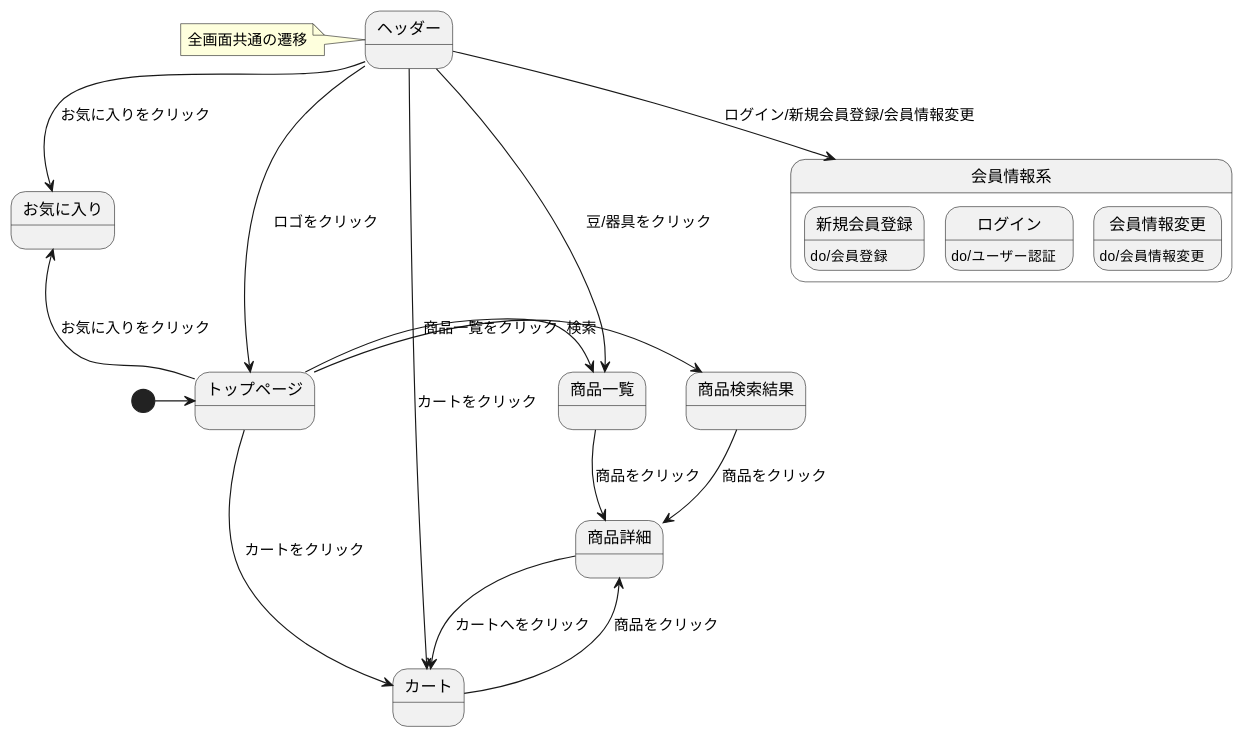
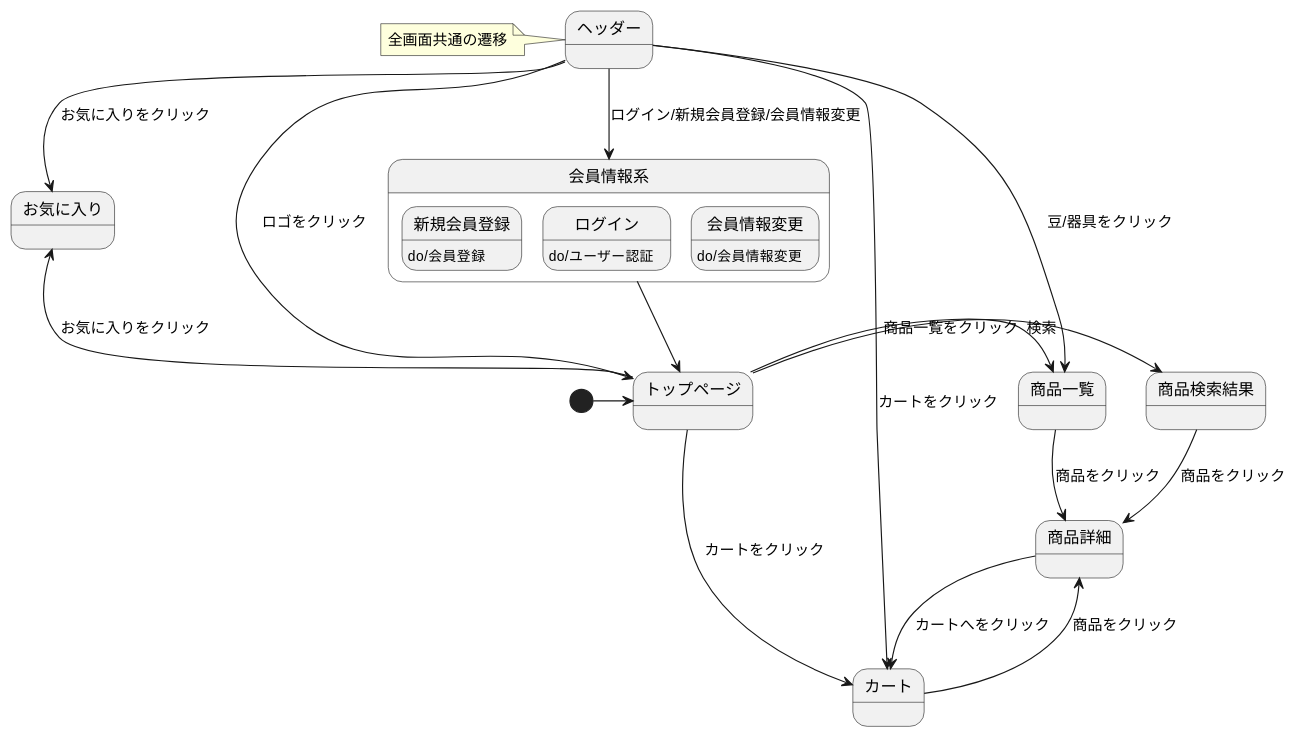
Before and after one commit to Aso2101122/coffeeEC: the diagram in 03_画面遷移図/stm_03.md, drawn with PlantUML.

````diff
--- a/03_画面遷移図/stm_03.md
+++ b/03_画面遷移図/stm_03.md
@@ -2,30 +2,31 @@
 ```uml
 @startuml
 [*]->トップページ
 トップページ->商品検索結果: 検索
 トップページ-right->商品一覧: 商品一覧をクリック
 商品一覧->商品詳細: 商品をクリック
 商品検索結果-down->商品詳細: 商品をクリック
 商品詳細-->カート: カートへをクリック
 トップページ--up>お気に入り: お気に入りをクリック
 トップページ-->カート: カートをクリック
 カート->商品詳細: 商品をクリック
 
 state ヘッダー{
 }
 note left of ヘッダー: 全画面共通の遷移
 
 
 ヘッダー-down->トップページ: ロゴをクリック
 ヘッダー-down->商品一覧: 豆/器具をクリック
 ヘッダー-down->会員情報系: ログイン/新規会員登録/会員情報変更
 ヘッダー-down->お気に入り: お気に入りをクリック
 ヘッダー-down->カート: カートをクリック
 
 state 会員情報系{
 新規会員登録 : do/会員登録
 ログイン : do/ユーザー認証
 会員情報変更 : do/会員情報変更
 }
+会員情報系-down->トップページ
 @enduml
 ```
````
